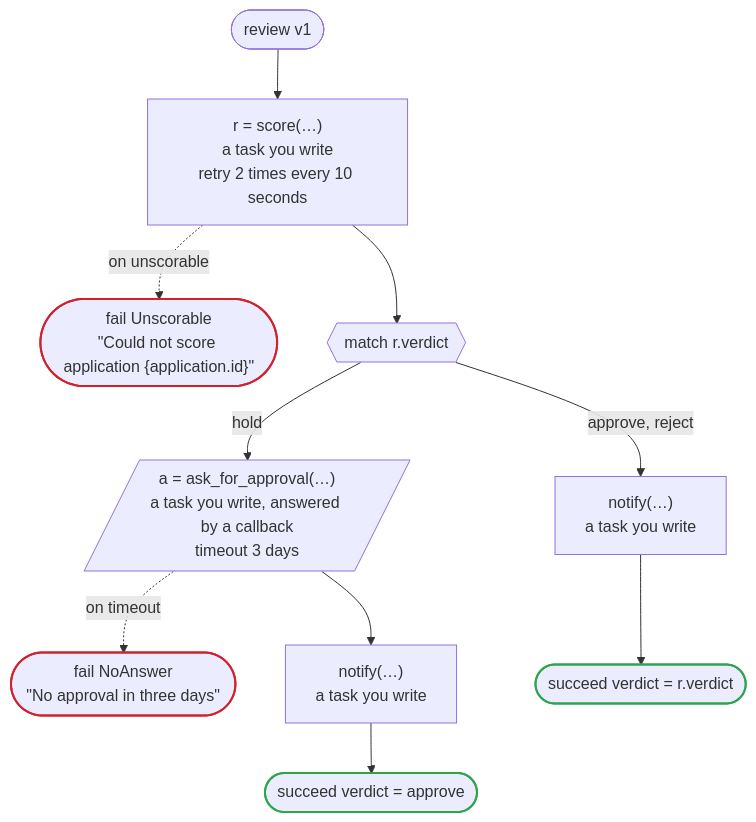
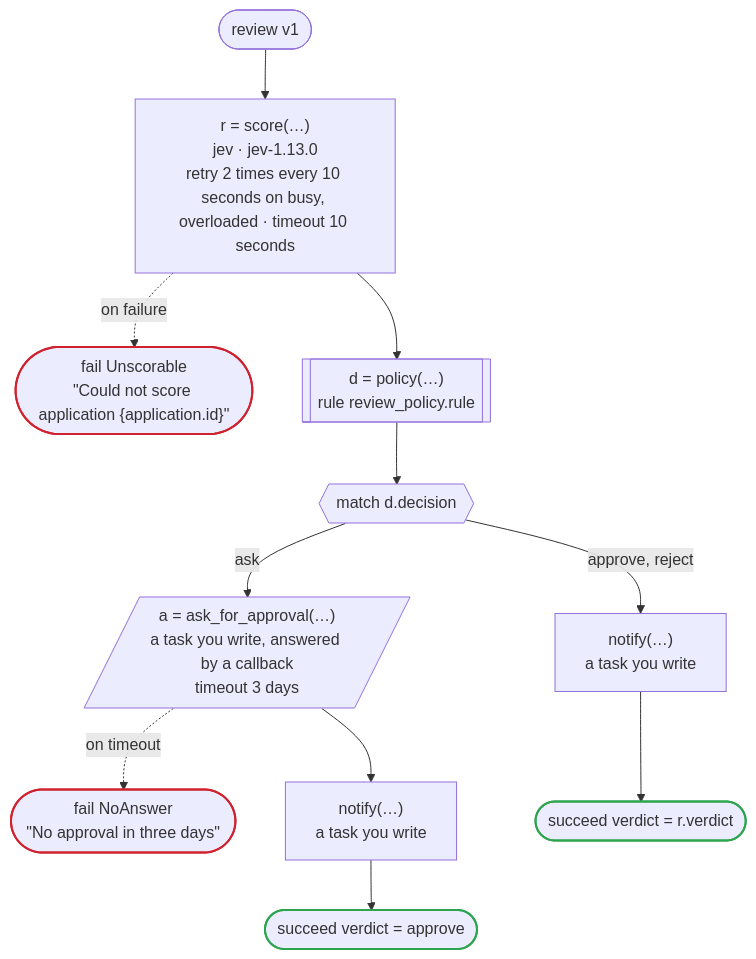
One commit to i2y/ritsu changed the diagram in crates/dandori/skills/dandori/diagrams.md. Above: the diagram before and after it, drawn with Mermaid. The commit also changed other lines of this file and 143 other files, not shown here.

First line of the commit message:
feat: let a task ask TypeSafe's Jev

````diff
--- a/crates/dandori/skills/dandori/diagrams.md
+++ b/crates/dandori/skills/dandori/diagrams.md
@@ -26,26 +26,28 @@
 ```mermaid
 flowchart TD
     start(["review v1"])
-    s1["r = score(…)<br>a task you write<br>retry 2 times every 10 seconds"]
+    s1["r = score(…)<br>jev · jev-1.13.0<br>retry 2 times every 10 seconds on busy, overloaded · timeout 10 seconds"]
     s2(["fail Unscorable<br>#quot;Could not score application {application.id}#quot;"])
-    s3{{"match r.verdict"}}
-    s5[/"a = ask_for_approval(…)<br>a task you write, answered by a callback<br>timeout 3 days"/]
-    s6(["fail NoAnswer<br>#quot;No approval in three days#quot;"])
-    s7["notify(…)<br>a task you write"]
-    s8(["succeed verdict = approve"])
-    s9["notify(…)<br>a task you write"]
-    s10(["succeed verdict = r.verdict"])
+    s3[["d = policy(…)<br>rule review_policy.rule"]]
+    s4{{"match d.decision"}}
+    s6[/"a = ask_for_approval(…)<br>a task you write, answered by a callback<br>timeout 3 days"/]
+    s7(["fail NoAnswer<br>#quot;No approval in three days#quot;"])
+    s8["notify(…)<br>a task you write"]
+    s9(["succeed verdict = approve"])
+    s10["notify(…)<br>a task you write"]
+    s11(["succeed verdict = r.verdict"])
     start --> s1
-    s1 -.->|"on unscorable"| s2
+    s1 -.->|"on failure"| s2
     s1 --> s3
-    s3 -->|"hold"| s5
-    s5 -.->|"on timeout"| s6
-    s5 --> s7
-    s7 --> s8
-    s3 -->|"approve, reject"| s9
-    s9 --> s10
+    s3 --> s4
+    s4 -->|"ask"| s6
+    s6 -.->|"on timeout"| s7
+    s6 --> s8
+    s8 --> s9
+    s4 -->|"approve, reject"| s10
+    s10 --> s11
     classDef ok stroke:#2da44e,stroke-width:2px
     classDef bad stroke:#cf222e,stroke-width:2px
-    class s8,s10 ok
-    class s2,s6 bad
+    class s9,s11 ok
+    class s2,s7 bad
 ```
````
